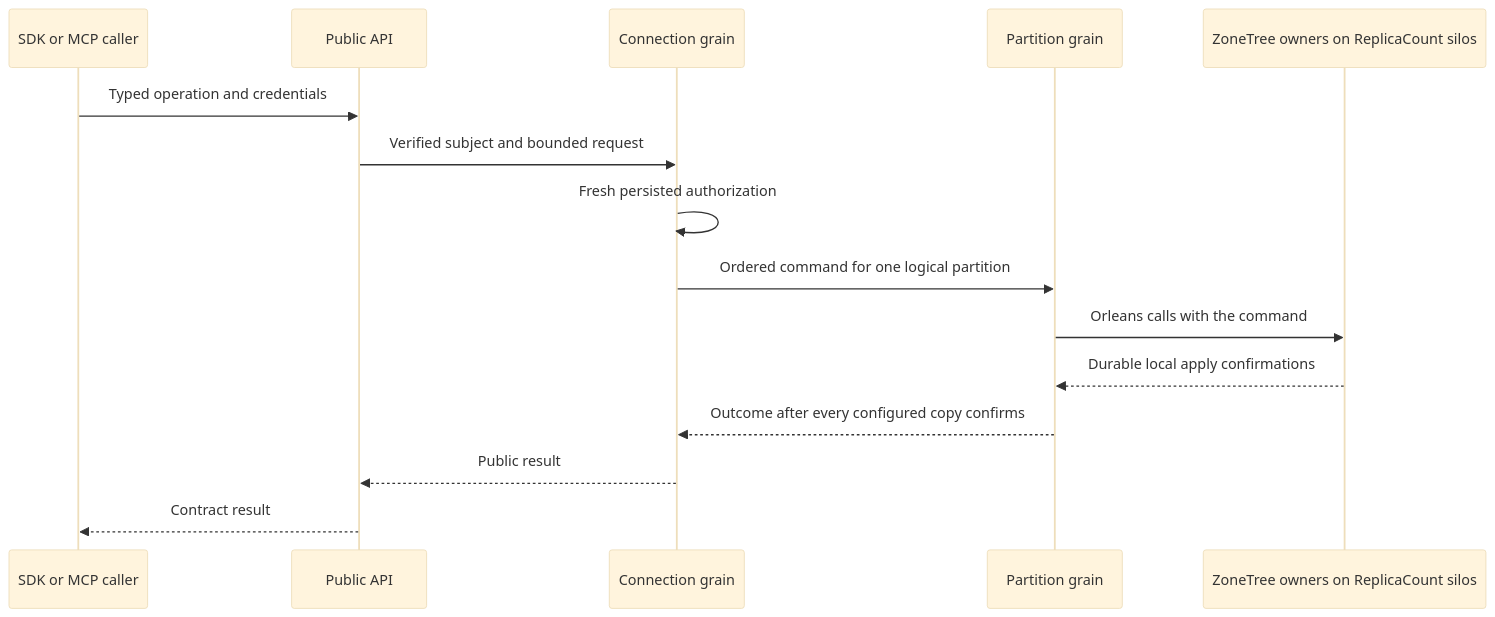
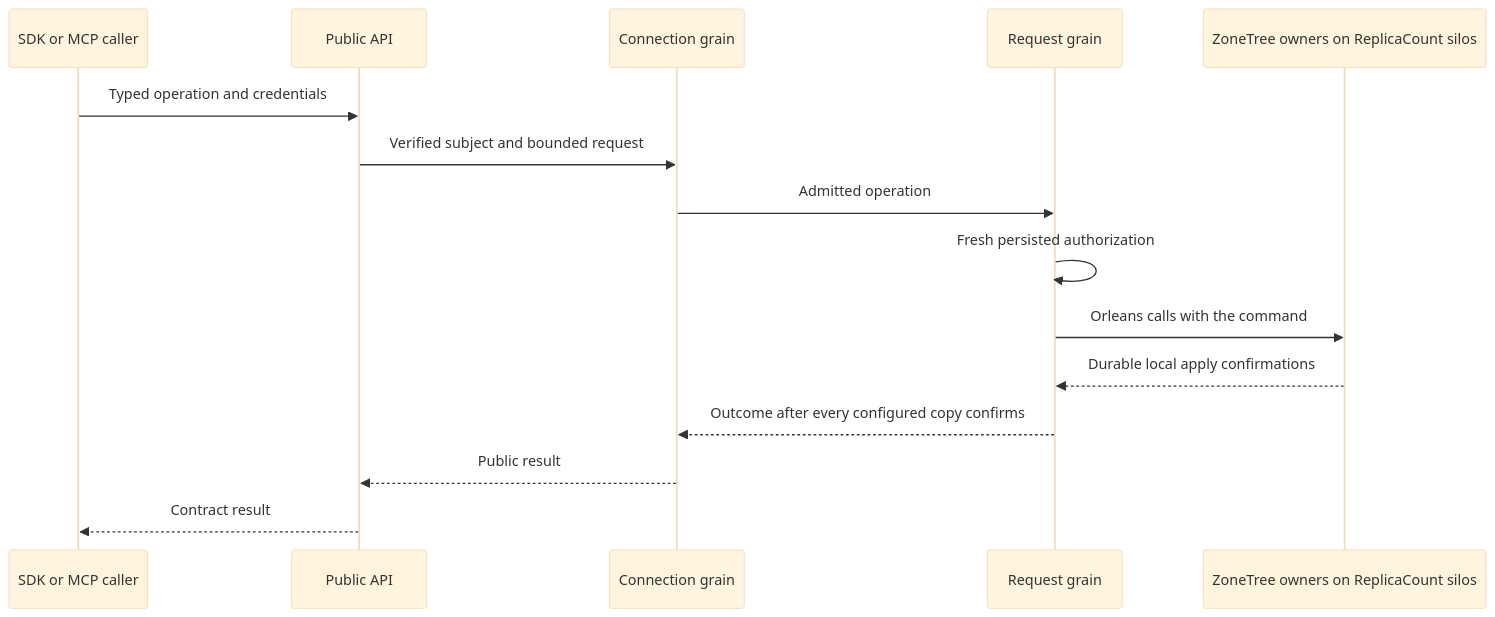
One commit to managedcode/KeyLoad changed the fifth of 26 diagrams in docs/Architecture.md. Above: the diagram before and after it, drawn with Mermaid (base theme). The commit also changed other lines of this file and 673 other files, not shown here.

````diff
--- a/docs/Architecture.md
+++ b/docs/Architecture.md
@@ -285,17 +293,17 @@
 ```mermaid
 sequenceDiagram
     participant Caller as SDK or MCP caller
     participant API as Public API
     participant Conn as Connection grain
-    participant Part as Partition grain
+    participant Part as Request grain
     participant Owners as ZoneTree owners on ReplicaCount silos
     Caller->>API: Typed operation and credentials
     API->>Conn: Verified subject and bounded request
-    Conn->>Conn: Fresh persisted authorization
-    Conn->>Part: Ordered command for one logical partition
+    Conn->>Part: Admitted operation
+    Part->>Part: Fresh persisted authorization
     Part->>Owners: Orleans calls with the command
     Owners-->>Part: Durable local apply confirmations
     Part-->>Conn: Outcome after every configured copy confirms
     Conn-->>API: Public result
     API-->>Caller: Contract result
 ```
````
